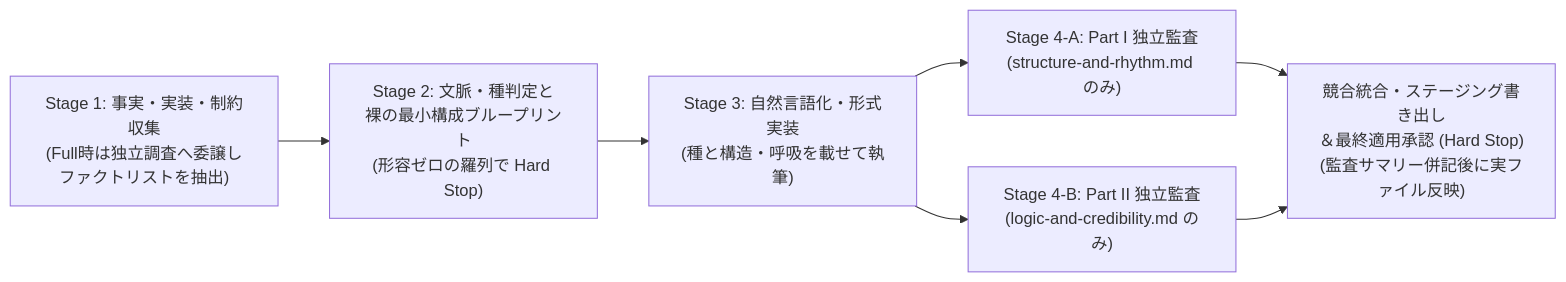
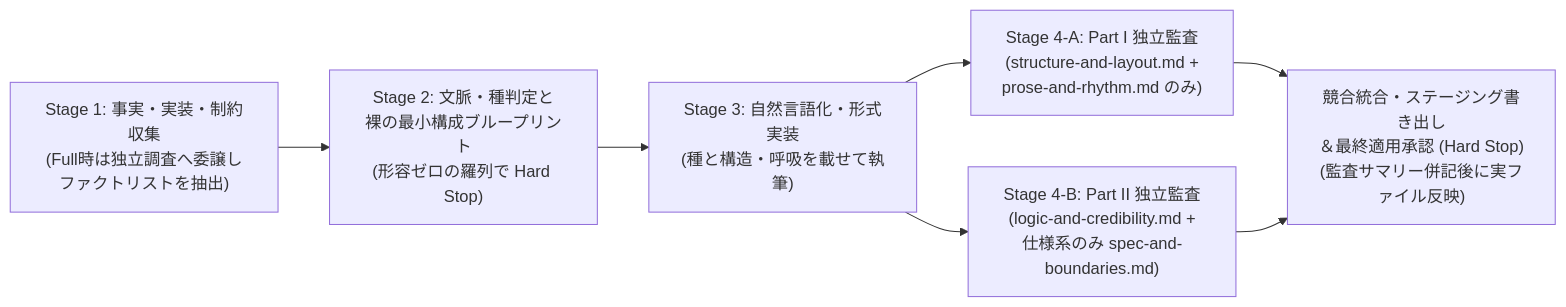
The diagram in ARCHITECTURE.md (DovahkiinYuzuko/explorations-in-documentation), drawn with Mermaid before and after one commit. The commit also changed other lines of this file and 8 other files, not shown here.

First line of the commit message:
[refactor] doc-refineのリファレンスをフェーズ・適用条件別の7ファイル構成へ非圧縮分割しARCHITECTURE.mdを同期

````diff
--- a/ARCHITECTURE.md
+++ b/ARCHITECTURE.md
@@ -95,13 +98,13 @@
 ```mermaid
 flowchart LR
     S1["Stage 1: 事実・実装・制約収集<br>(Full時は独立調査へ委譲し<br>ファクトリストを抽出)"]
     S2["Stage 2: 文脈・種判定と<br>裸の最小構成ブループリント<br>(形容ゼロの羅列で Hard Stop)"]
     S3["Stage 3: 自然言語化・形式実装<br>(種と構造・呼吸を載せて執筆)"]
-    S4A["Stage 4-A: Part I 独立監査<br>(structure-and-rhythm.md のみ)"]
-    S4B["Stage 4-B: Part II 独立監査<br>(logic-and-credibility.md のみ)"]
+    S4A["Stage 4-A: Part I 独立監査<br>(structure-and-layout.md +<br>prose-and-rhythm.md のみ)"]
+    S4B["Stage 4-B: Part II 独立監査<br>(logic-and-credibility.md +<br>仕様系のみ spec-and-boundaries.md)"]
     S4M["競合統合・ステージング書き出し<br>＆最終適用承認 (Hard Stop)<br>(監査サマリー併記後に実ファイル反映)"]
 
     S1 --> S2 --> S3
     S3 --> S4A --> S4M
     S3 --> S4B --> S4M
 ```
````
